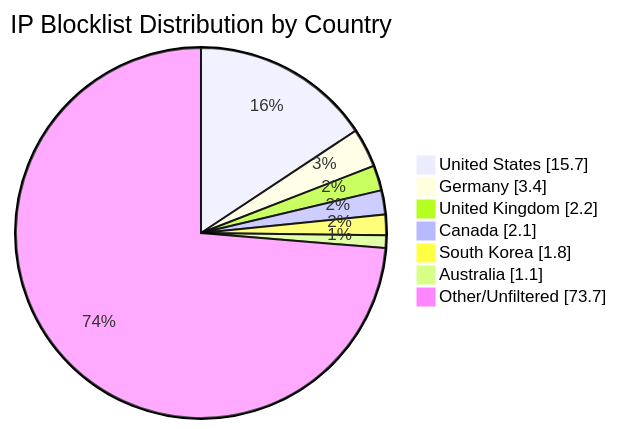
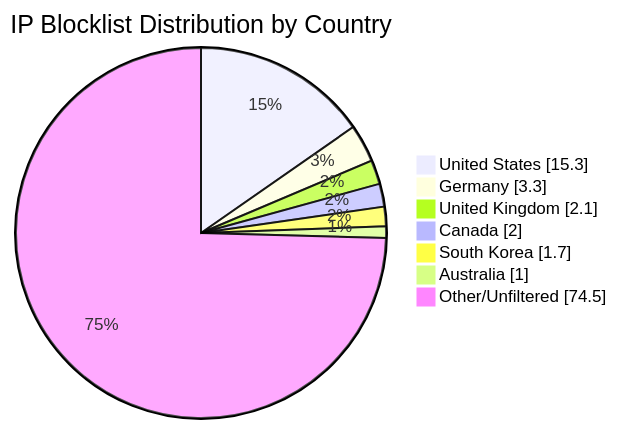
One commit to MarcusHoltz/ipblocklist-geofiltered-aggregator changed the diagram in README.md. Above: the diagram before and after it, drawn with Mermaid. The commit also changed other lines of this file and 9 other files, not shown here.

````diff
--- a/README.md
+++ b/README.md
@@ -34,10 +34,10 @@
 ```mermaid
 pie showData title IP Blocklist Distribution by Country
-"United States" : 15.7
-"Germany" : 3.4
-"United Kingdom" : 2.2
-"Canada" : 2.1
-"South Korea" : 1.8
-"Australia" : 1.1
-"Other/Unfiltered" : 73.7
+"United States" : 15.3
+"Germany" : 3.3
+"United Kingdom" : 2.1
+"Canada" : 2.0
+"South Korea" : 1.7
+"Australia" : 1.0
+"Other/Unfiltered" : 74.5
 ```
````
